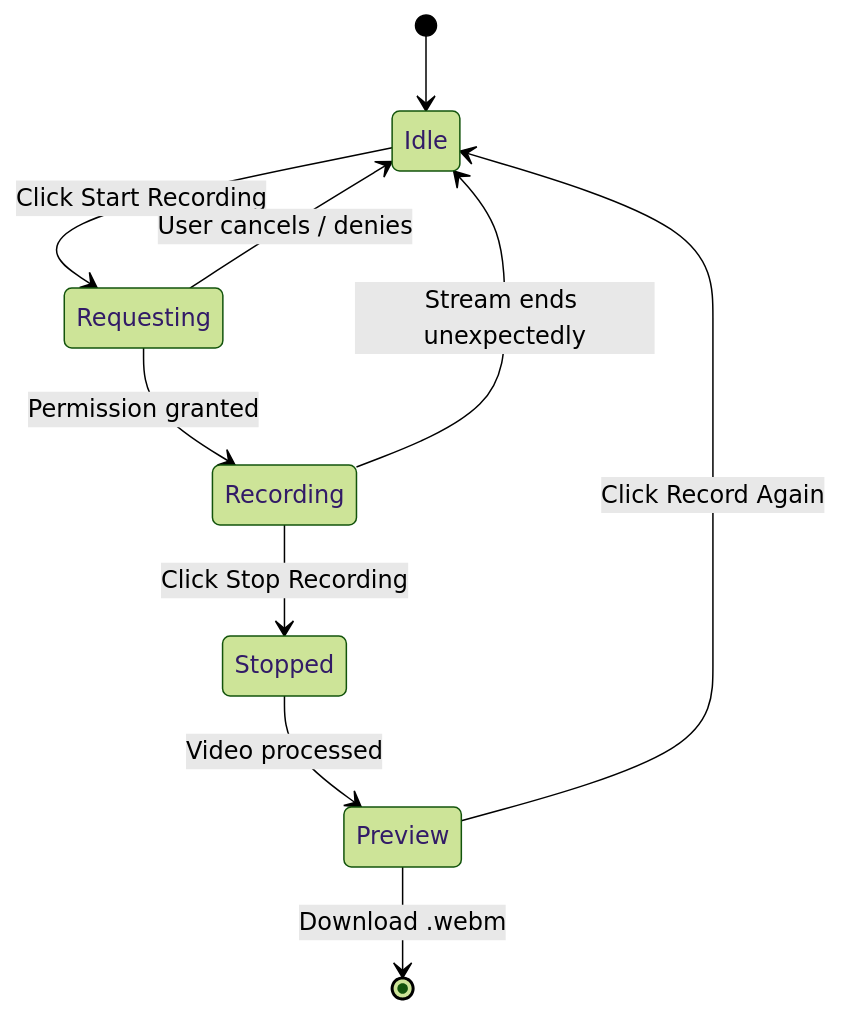
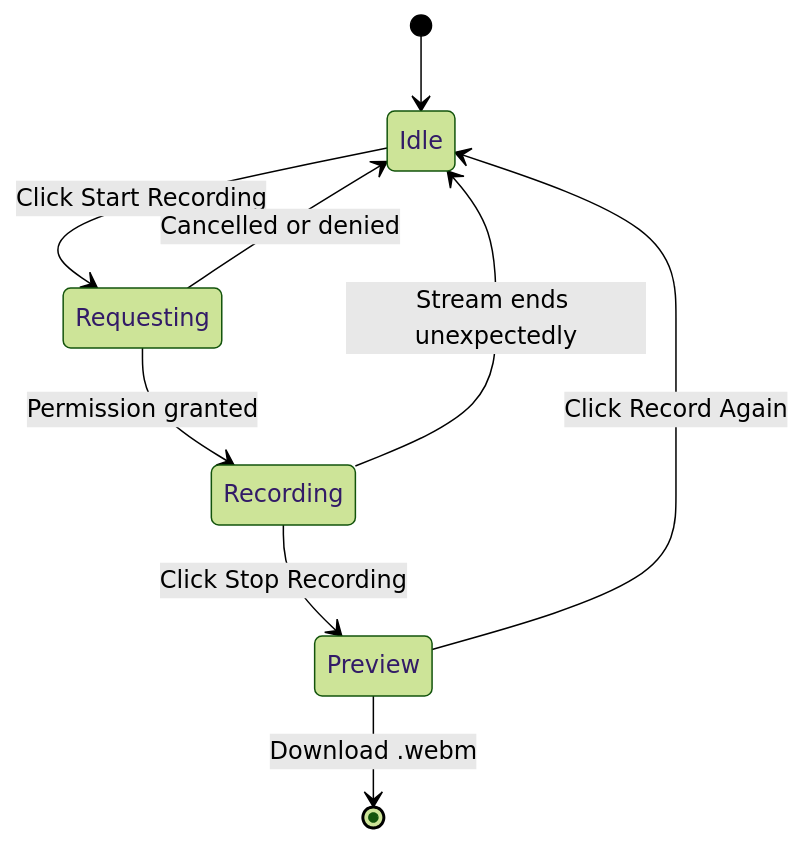
The diagram in README.md (SHAHZEB28/loom-lite-recorder1), drawn with Mermaid (forest theme) before and after one commit.

Commit message:
updated flow diagram

````diff
--- a/README.md
+++ b/README.md
@@ -55,12 +55,11 @@
 ```mermaid
 stateDiagram-v2
     [*] --> Idle
-    Idle --> Requesting : Click Start Recording
-    Requesting --> Recording : Permission granted
-    Requesting --> Idle : User cancels / denies
-    Recording --> Stopped : Click Stop Recording
-    Recording --> Idle : Stream ends unexpectedly
-    Stopped --> Preview : Video processed
-    Preview --> Idle : Click Record Again
-    Preview --> [*] : Download .webm
+    Idle --> Requesting: Click Start Recording
+    Requesting --> Recording: Permission granted
+    Requesting --> Idle: Cancelled or denied
+    Recording --> Preview: Click Stop Recording
+    Recording --> Idle: Stream ends unexpectedly
+    Preview --> Idle: Click Record Again
+    Preview --> [*]: Download .webm
 ```
````
